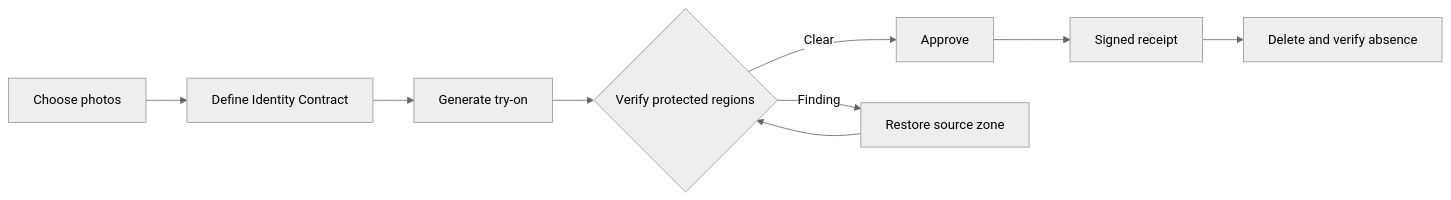
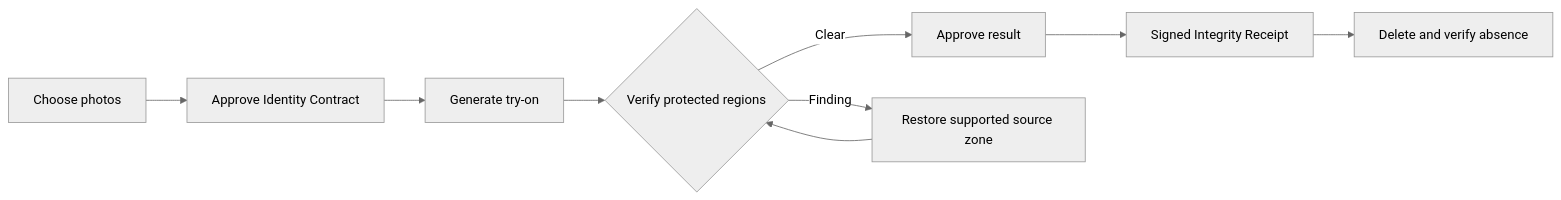
One commit to ankitlade12/keepme changed the first of 2 diagrams in README.md. Above: the diagram before and after it, drawn with Mermaid (neutral theme). The commit also changed other lines of this file and 7 other files, not shown here.

````diff
--- a/README.md
+++ b/README.md
@@ -28,11 +51,11 @@
 ```mermaid
 flowchart LR
-    P[Choose photos] --> C[Define Identity Contract]
+    P[Choose photos] --> C[Approve Identity Contract]
     C --> G[Generate try-on]
     G --> V{Verify protected regions}
-    V -->|Clear| A[Approve]
-    V -->|Finding| R[Restore source zone]
+    V -->|Clear| A[Approve result]
+    V -->|Finding| R[Restore supported source zone]
     R --> V
-    A --> S[Signed receipt]
+    A --> S[Signed Integrity Receipt]
     S --> D[Delete and verify absence]
 ```
````
